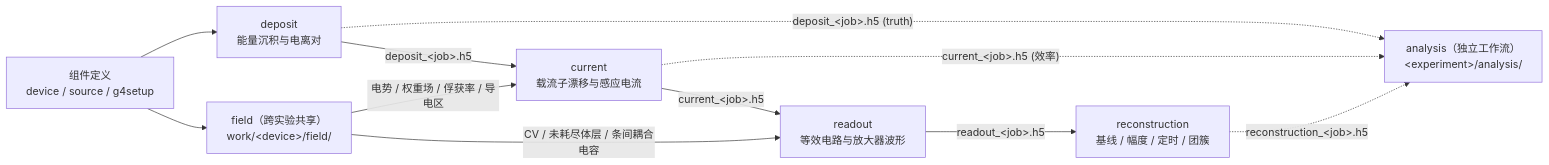
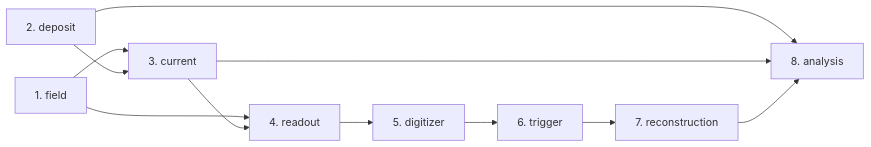
Before and after one commit to raser-team/raser: the second of 2 diagrams in docs/cn/architecture.md, drawn with Mermaid. The commit also changed other lines of this file and 44 other files, not shown here.

````diff
--- a/docs/cn/architecture.md
+++ b/docs/cn/architecture.md
@@ -52,13 +127,13 @@
 ```mermaid
 flowchart LR
-    DEV["组件定义<br/>device / source / g4setup"] --> DEP["deposit<br/>能量沉积与电离对"]
-    DEV --> FLD["field（跨实验共享）<br/>work/&lt;device&gt;/field/"]
-    DEP -- "deposit_&lt;job&gt;.h5" --> CUR["current<br/>载流子漂移与感应电流"]
-    FLD -- "电势 / 权重场 / 俘获率 / 导电区" --> CUR
-    CUR -- "current_&lt;job&gt;.h5" --> RDO["readout<br/>等效电路与放大器波形"]
-    FLD -- "CV / 未耗尽体层 / 条间耦合电容" --> RDO
-    RDO -- "readout_&lt;job&gt;.h5" --> RECO["reconstruction<br/>基线 / 幅度 / 定时 / 团簇"]
-    DEP -. "deposit_&lt;job&gt;.h5 (truth)" .-> ANA["analysis（独立工作流）<br/>&lt;experiment&gt;/analysis/"]
-    CUR -. "current_&lt;job&gt;.h5 (效率)" .-> ANA
-    RECO -. "reconstruction_&lt;job&gt;.h5" .-> ANA
+    FLD["1. field"] --> CUR["3. current"]
+    DEP["2. deposit"] --> CUR
+    FLD --> RDO["4. readout"]
+    CUR --> RDO
+    RDO --> DIG["5. digitizer"]
+    DIG --> TRG["6. trigger"]
+    TRG --> RECO["7. reconstruction"]
+    DEP --> ANA["8. analysis"]
+    CUR --> ANA
+    RECO --> ANA
 ```
````
